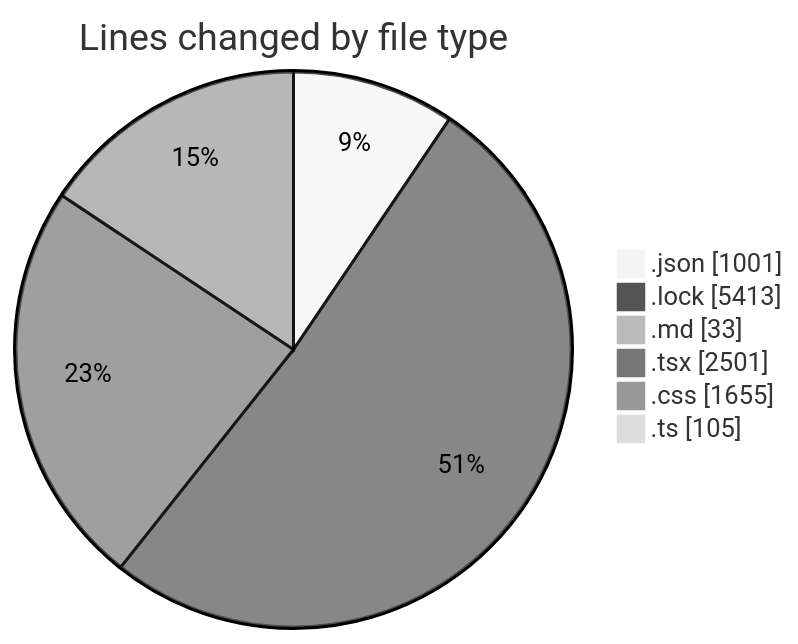
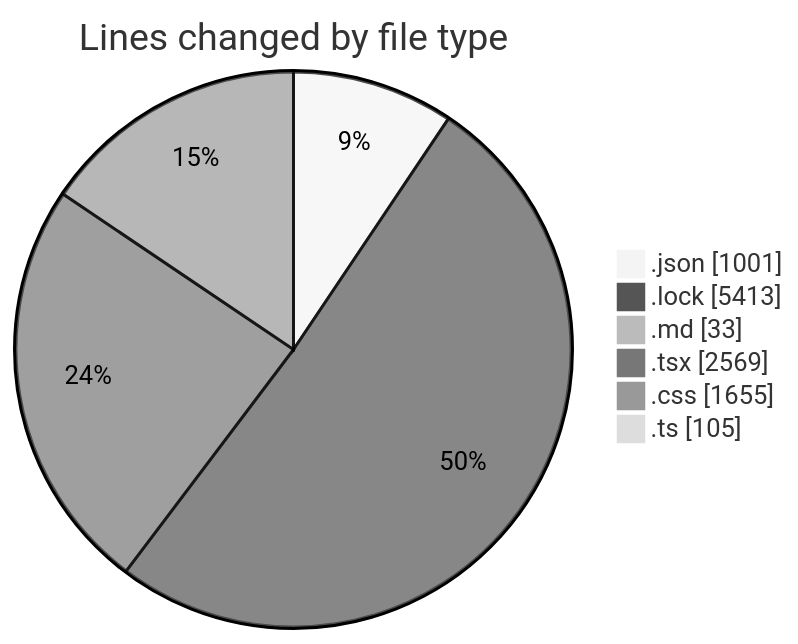
One commit to EIIisD/code-tracking changed the first of 2 diagrams in 2025-08-11/ribbon/README.md. Above: the diagram before and after it, drawn with Mermaid (neutral theme). The commit also changed other lines of this file and 1 other file, not shown here.

````diff
--- a/2025-08-11/ribbon/README.md
+++ b/2025-08-11/ribbon/README.md
@@ -44,10 +44,10 @@
 ```mermaid
 pie showData
 title Lines changed by file type
 ".json" : 1001
 ".lock" : 5413
 ".md" : 33
-".tsx" : 2501
+".tsx" : 2569
 ".css" : 1655
 ".ts" : 105
 ```
````
